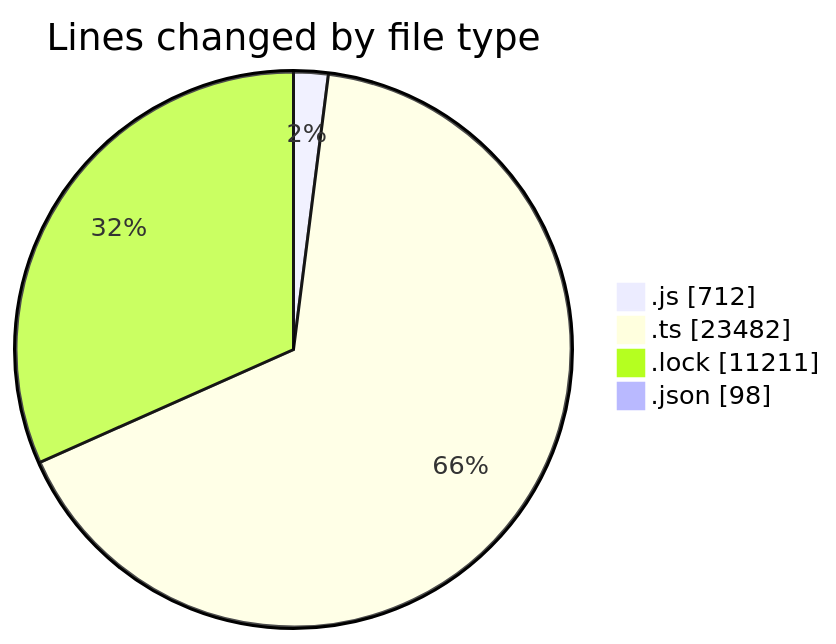
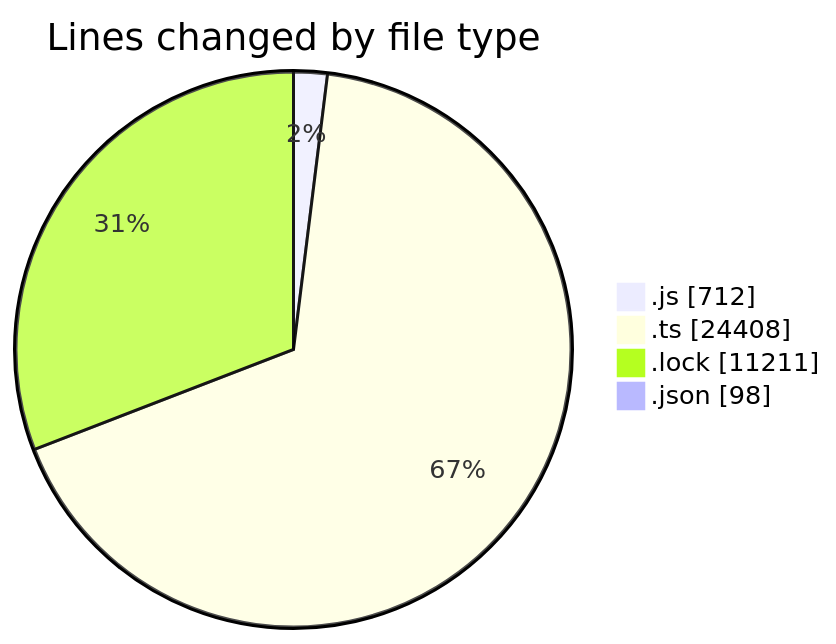
The first of 2 diagrams in 2025-05-27/cda/README.md (momahboobian/code-tracking), drawn with Mermaid before and after one commit. The commit also changed other lines of this file and 1 other file, not shown here.

````diff
--- a/2025-05-27/cda/README.md
+++ b/2025-05-27/cda/README.md
@@ -34,8 +35,8 @@
 ```mermaid
 pie showData
 title Lines changed by file type
 ".js" : 712
-".ts" : 23482
+".ts" : 24408
 ".lock" : 11211
 ".json" : 98
 ```
````
